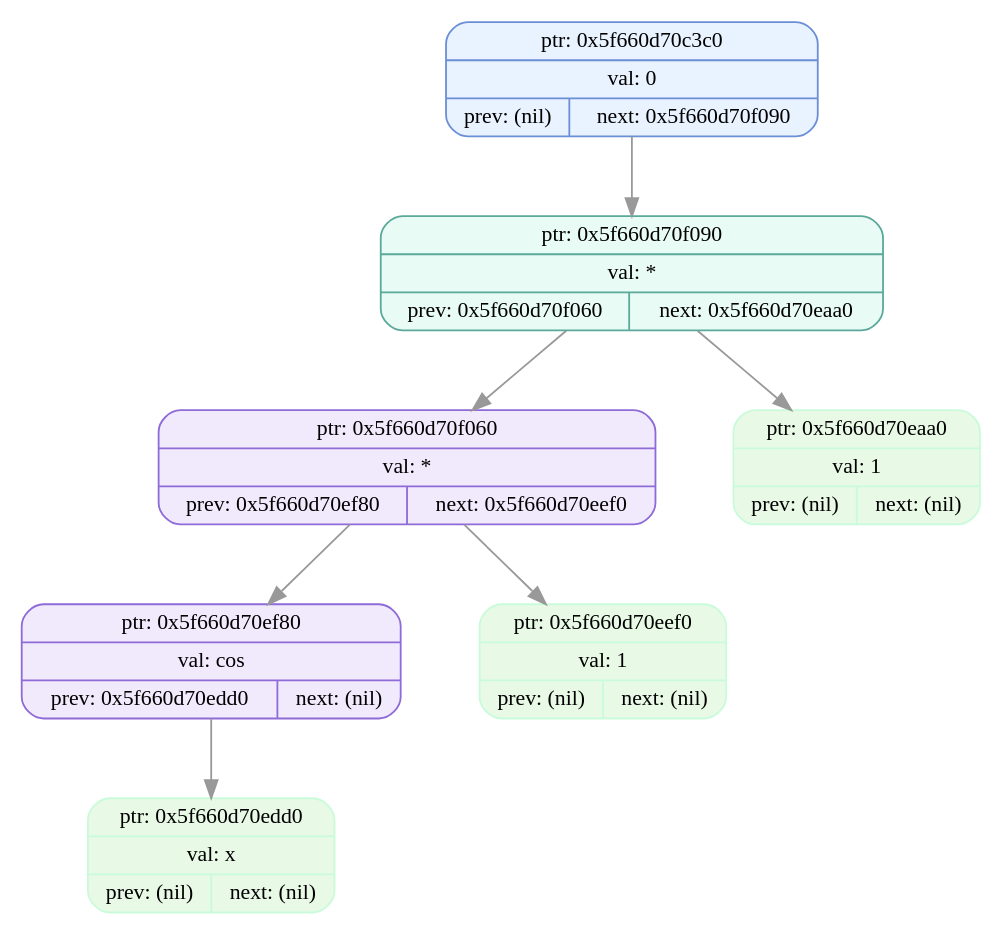
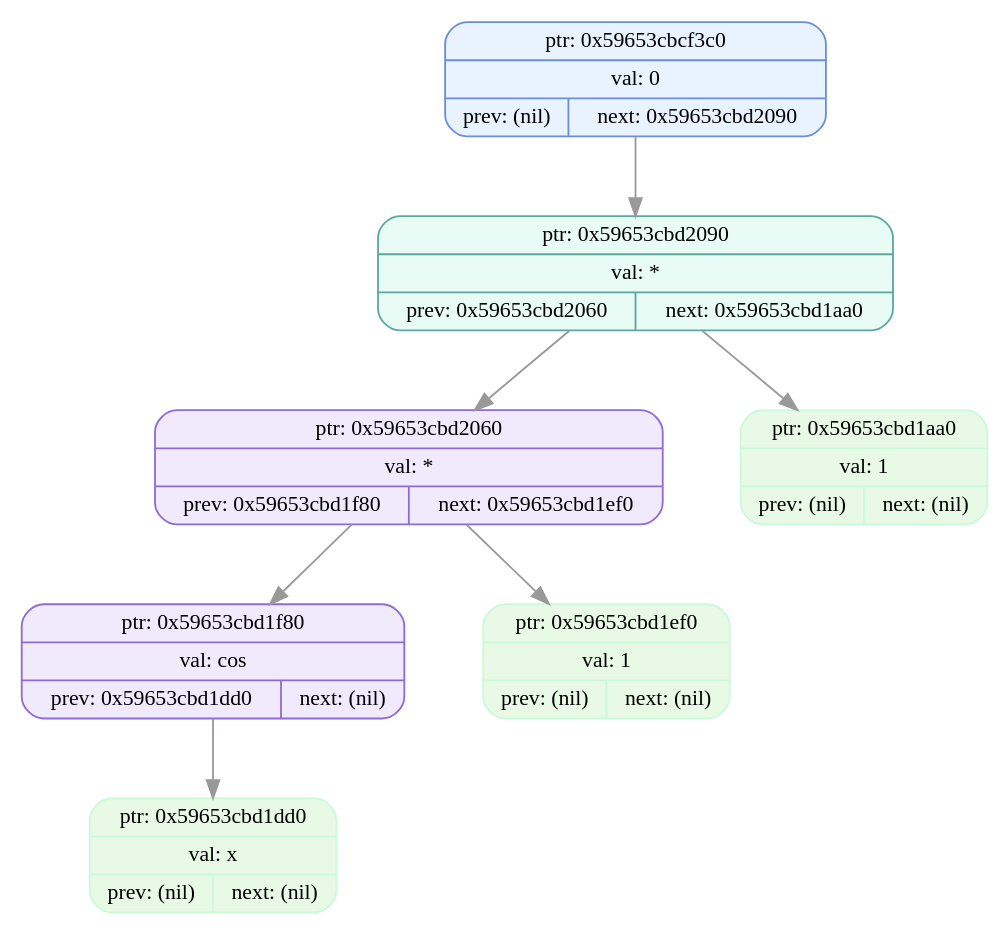
One commit to EvilTomato9890/Difference changed the diagram in dumps/tree_dump_011.dot. Above: the diagram before and after it, drawn with Graphviz. The commit also changed 39 other files, not shown here.

```diff
--- a/dumps/tree_dump_011.dot
+++ b/dumps/tree_dump_011.dot
@@ -1,17 +1,17 @@
 digraph T{
   node [fontname="Fira Mono",shape=record,style="filled,rounded",fontsize=12];
   graph [splines=true, nodesep=0.6, ranksep=0.6];
-  node_0x5f660d70c3c0[shape=record,label="{ {ptr: 0x5f660d70c3c0} | {val: 0} | { prev: (nil) | next: 0x5f660d70f090 } }",color="#6b8fd6",fillcolor="#e9f2ff"];
-  node_0x5f660d70f090[shape=record,label="{ {ptr: 0x5f660d70f090} | {val: *} | { prev: 0x5f660d70f060 | next: 0x5f660d70eaa0 } }",color="#5aa99b",fillcolor="#e9fbf5"];
-  node_0x5f660d70f060[shape=record,label="{ {ptr: 0x5f660d70f060} | {val: *} | { prev: 0x5f660d70ef80 | next: 0x5f660d70eef0 } }",color="#8e6bd6",fillcolor="#f1eafd"];
-  node_0x5f660d70ef80[shape=record,label="{ {ptr: 0x5f660d70ef80} | {val: cos} | { prev: 0x5f660d70edd0 | next: (nil) } }",color="#8e6bd6",fillcolor="#f1eafd"];
-  node_0x5f660d70edd0[shape=record,label="{ {ptr: 0x5f660d70edd0} | {val: x} | { prev: (nil) | next: (nil) } }",color="#c9fbdbff",fillcolor="#e8f9e5ff"];
-  node_0x5f660d70eef0[shape=record,label="{ {ptr: 0x5f660d70eef0} | {val: 1} | { prev: (nil) | next: (nil) } }",color="#c9fbdbff",fillcolor="#e8f9e5ff"];
-  node_0x5f660d70eaa0[shape=record,label="{ {ptr: 0x5f660d70eaa0} | {val: 1} | { prev: (nil) | next: (nil) } }",color="#c9fbdbff",fillcolor="#e8f9e5ff"];
-  node_0x5f660d70c3c0 -> node_0x5f660d70f090 [color="#999999"];
-  node_0x5f660d70f090 -> node_0x5f660d70f060 [color="#999999"];
-  node_0x5f660d70f090 -> node_0x5f660d70eaa0 [color="#999999"];
-  node_0x5f660d70f060 -> node_0x5f660d70ef80 [color="#999999"];
-  node_0x5f660d70f060 -> node_0x5f660d70eef0 [color="#999999"];
-  node_0x5f660d70ef80 -> node_0x5f660d70edd0 [color="#999999"];
+  node_0x59653cbcf3c0[shape=record,label="{ {ptr: 0x59653cbcf3c0} | {val: 0} | { prev: (nil) | next: 0x59653cbd2090 } }",color="#6b8fd6",fillcolor="#e9f2ff"];
+  node_0x59653cbd2090[shape=record,label="{ {ptr: 0x59653cbd2090} | {val: *} | { prev: 0x59653cbd2060 | next: 0x59653cbd1aa0 } }",color="#5aa99b",fillcolor="#e9fbf5"];
+  node_0x59653cbd2060[shape=record,label="{ {ptr: 0x59653cbd2060} | {val: *} | { prev: 0x59653cbd1f80 | next: 0x59653cbd1ef0 } }",color="#8e6bd6",fillcolor="#f1eafd"];
+  node_0x59653cbd1f80[shape=record,label="{ {ptr: 0x59653cbd1f80} | {val: cos} | { prev: 0x59653cbd1dd0 | next: (nil) } }",color="#8e6bd6",fillcolor="#f1eafd"];
+  node_0x59653cbd1dd0[shape=record,label="{ {ptr: 0x59653cbd1dd0} | {val: x} | { prev: (nil) | next: (nil) } }",color="#c9fbdbff",fillcolor="#e8f9e5ff"];
+  node_0x59653cbd1ef0[shape=record,label="{ {ptr: 0x59653cbd1ef0} | {val: 1} | { prev: (nil) | next: (nil) } }",color="#c9fbdbff",fillcolor="#e8f9e5ff"];
+  node_0x59653cbd1aa0[shape=record,label="{ {ptr: 0x59653cbd1aa0} | {val: 1} | { prev: (nil) | next: (nil) } }",color="#c9fbdbff",fillcolor="#e8f9e5ff"];
+  node_0x59653cbcf3c0 -> node_0x59653cbd2090 [color="#999999"];
+  node_0x59653cbd2090 -> node_0x59653cbd2060 [color="#999999"];
+  node_0x59653cbd2090 -> node_0x59653cbd1aa0 [color="#999999"];
+  node_0x59653cbd2060 -> node_0x59653cbd1f80 [color="#999999"];
+  node_0x59653cbd2060 -> node_0x59653cbd1ef0 [color="#999999"];
+  node_0x59653cbd1f80 -> node_0x59653cbd1dd0 [color="#999999"];
 }
```
